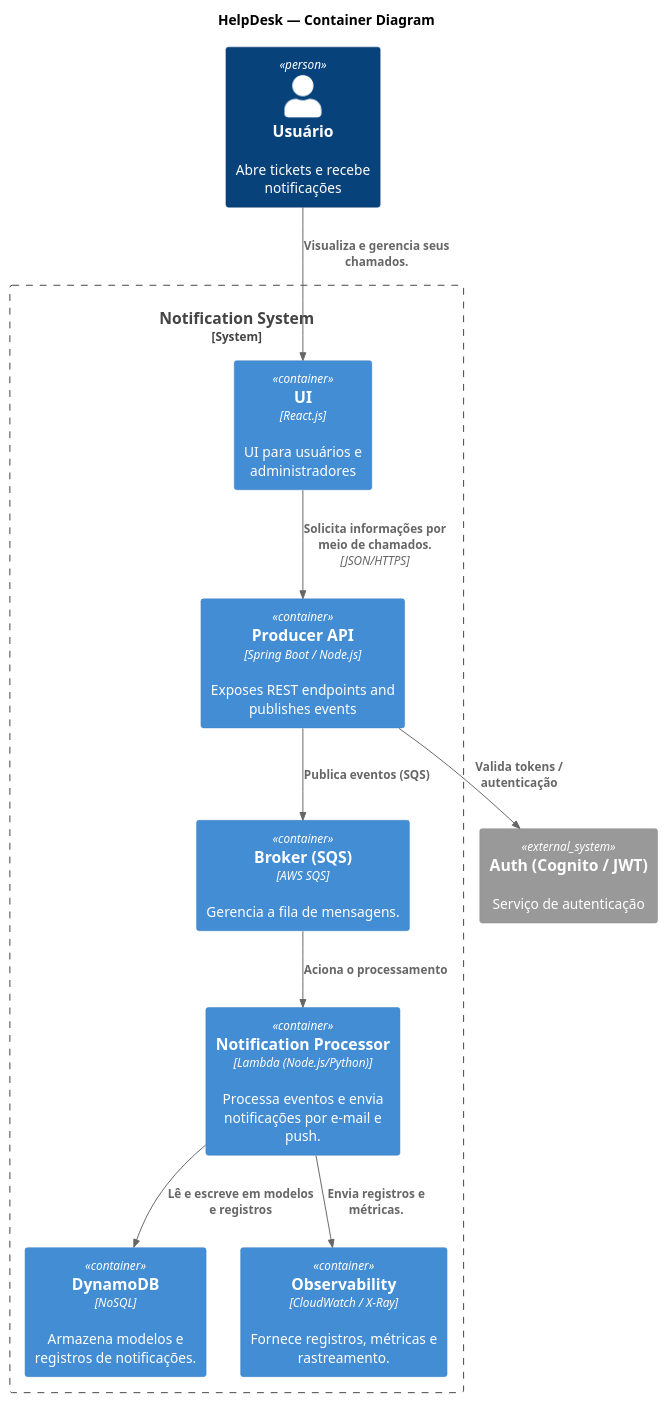
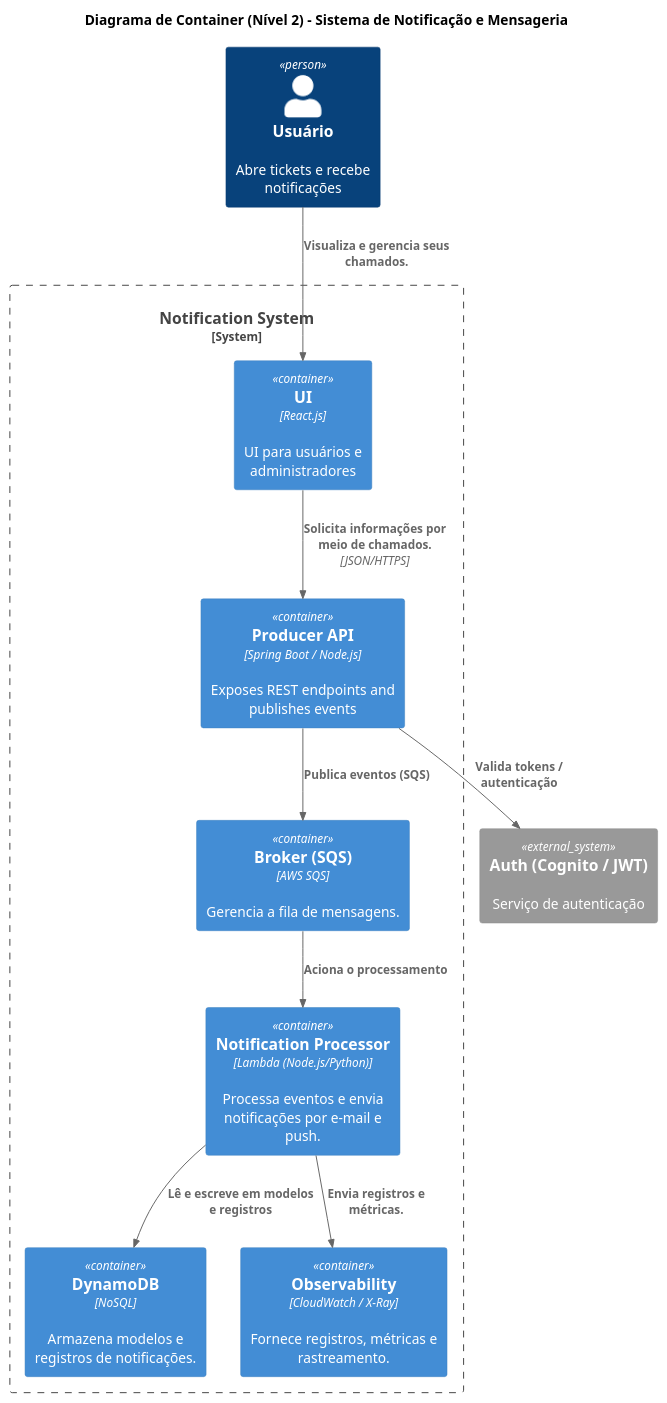
One commit to MiqueiasBento/Sistema-de-Notificacao-e-Mensageria changed the diagram in documentacao/C4/container.puml. Above: the diagram before and after it, drawn with PlantUML. The commit also changed 1 other file, not shown here.

```diff
--- a/documentacao/C4/container.puml
+++ b/documentacao/C4/container.puml
@@ -1,26 +1,26 @@
 @startuml HelpDesk_Containers
 !include https://raw.githubusercontent.com/plantuml-stdlib/C4-PlantUML/master/C4_Container.puml
 
-Title HelpDesk — Container Diagram
+title Diagrama de Container (Nível 2) - Sistema de Notificação e Mensageria
 
 Person(user, "Usuário", "Abre tickets e recebe notificações")
 
 System_Boundary(system, "Notification System") {
   Container(UI, "UI", "React.js", "UI para usuários e administradores")
   Container(producer, "Producer API", "Spring Boot / Node.js", "Exposes REST endpoints and publishes events")
   Container(sqs, "Broker (SQS)", "AWS SQS", "Gerencia a fila de mensagens.")
   Container(notificationProcessor, "Notification Processor", "Lambda (Node.js/Python)", "Processa eventos e envia notificações por e-mail e push.")
   Container(db, "DynamoDB", "NoSQL", "Armazena modelos e registros de notificações.")
   Container(obs, "Observability", "CloudWatch / X-Ray", "Fornece registros, métricas e rastreamento.")
 }
 System_Ext(auth, "Auth (Cognito / JWT)", "Serviço de autenticação")
 
 Rel(user, UI , "Visualiza e gerencia seus chamados.")
 Rel(UI, producer, "Solicita informações por meio de chamados.", "JSON/HTTPS")
 Rel(producer, sqs, "Publica eventos (SQS)")
 Rel(sqs, notificationProcessor, "Aciona o processamento")
 Rel(notificationProcessor, db, "Lê e escreve em modelos e registros")
 Rel(notificationProcessor, obs, "Envia registros e métricas.")
 Rel(producer, auth, "Valida tokens / autenticação")
 
 @enduml
```
